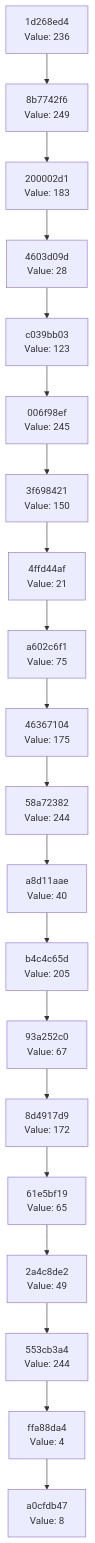
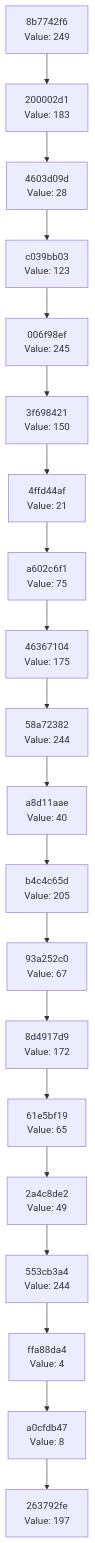
The diagram in docs/CHAIN_VISUALIZATION.md (Abhisheksinha1506/hash-chain-evolver), drawn with Mermaid before and after one commit. The commit also changed 2 other files, not shown here.

Commit message:
Evolution Step

````diff
--- a/docs/CHAIN_VISUALIZATION.md
+++ b/docs/CHAIN_VISUALIZATION.md
@@ -3,42 +3,42 @@
 ```mermaid
 graph TD
-    C0["a0cfdb47<br/>Value: 8"]
-    C1["ffa88da4<br/>Value: 4"]
+    C0["263792fe<br/>Value: 197"]
+    C1["a0cfdb47<br/>Value: 8"]
     C1 --> C0
-    C2["553cb3a4<br/>Value: 244"]
+    C2["ffa88da4<br/>Value: 4"]
     C2 --> C1
-    C3["2a4c8de2<br/>Value: 49"]
+    C3["553cb3a4<br/>Value: 244"]
     C3 --> C2
-    C4["61e5bf19<br/>Value: 65"]
+    C4["2a4c8de2<br/>Value: 49"]
     C4 --> C3
-    C5["8d4917d9<br/>Value: 172"]
+    C5["61e5bf19<br/>Value: 65"]
     C5 --> C4
-    C6["93a252c0<br/>Value: 67"]
+    C6["8d4917d9<br/>Value: 172"]
     C6 --> C5
-    C7["b4c4c65d<br/>Value: 205"]
+    C7["93a252c0<br/>Value: 67"]
     C7 --> C6
-    C8["a8d11aae<br/>Value: 40"]
+    C8["b4c4c65d<br/>Value: 205"]
     C8 --> C7
-    C9["58a72382<br/>Value: 244"]
+    C9["a8d11aae<br/>Value: 40"]
     C9 --> C8
-    C10["46367104<br/>Value: 175"]
+    C10["58a72382<br/>Value: 244"]
     C10 --> C9
-    C11["a602c6f1<br/>Value: 75"]
+    C11["46367104<br/>Value: 175"]
     C11 --> C10
-    C12["4ffd44af<br/>Value: 21"]
+    C12["a602c6f1<br/>Value: 75"]
     C12 --> C11
-    C13["3f698421<br/>Value: 150"]
+    C13["4ffd44af<br/>Value: 21"]
     C13 --> C12
-    C14["006f98ef<br/>Value: 245"]
+    C14["3f698421<br/>Value: 150"]
     C14 --> C13
-    C15["c039bb03<br/>Value: 123"]
+    C15["006f98ef<br/>Value: 245"]
     C15 --> C14
-    C16["4603d09d<br/>Value: 28"]
+    C16["c039bb03<br/>Value: 123"]
     C16 --> C15
-    C17["200002d1<br/>Value: 183"]
+    C17["4603d09d<br/>Value: 28"]
     C17 --> C16
-    C18["8b7742f6<br/>Value: 249"]
+    C18["200002d1<br/>Value: 183"]
     C18 --> C17
-    C19["1d268ed4<br/>Value: 236"]
+    C19["8b7742f6<br/>Value: 249"]
     C19 --> C18
 ```
````
